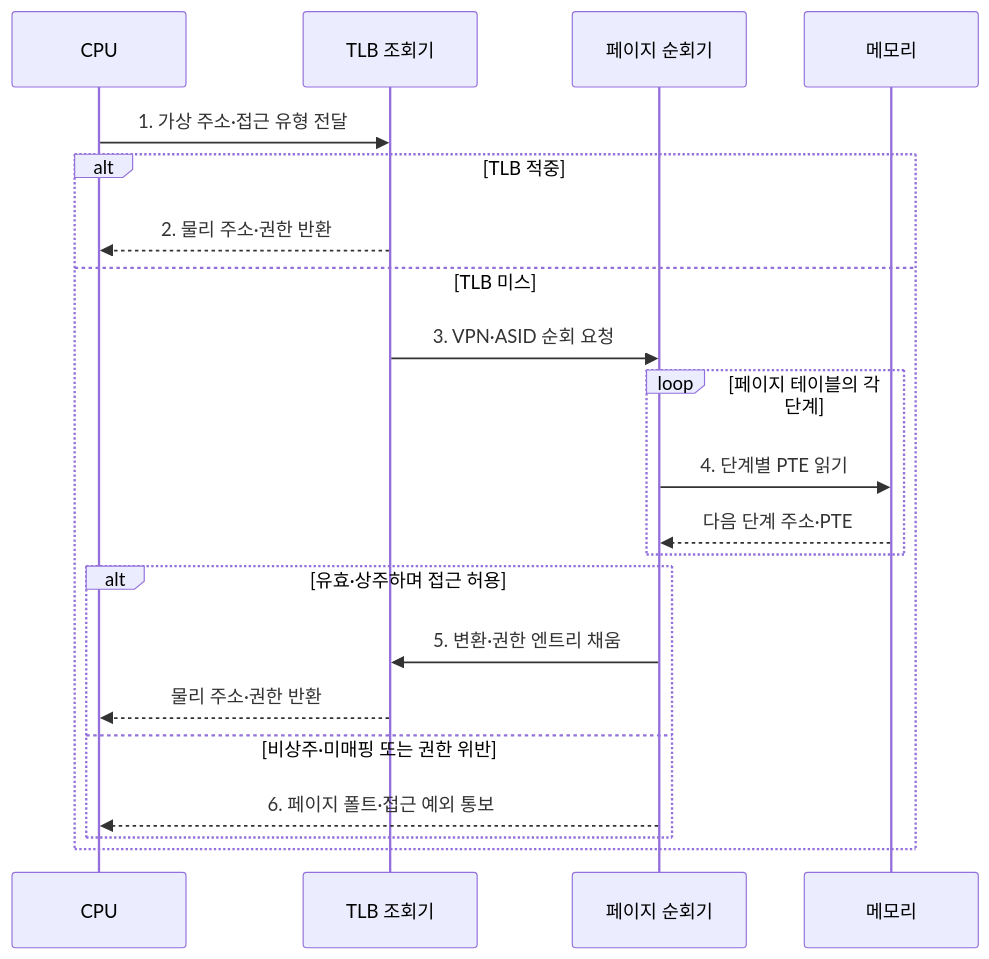
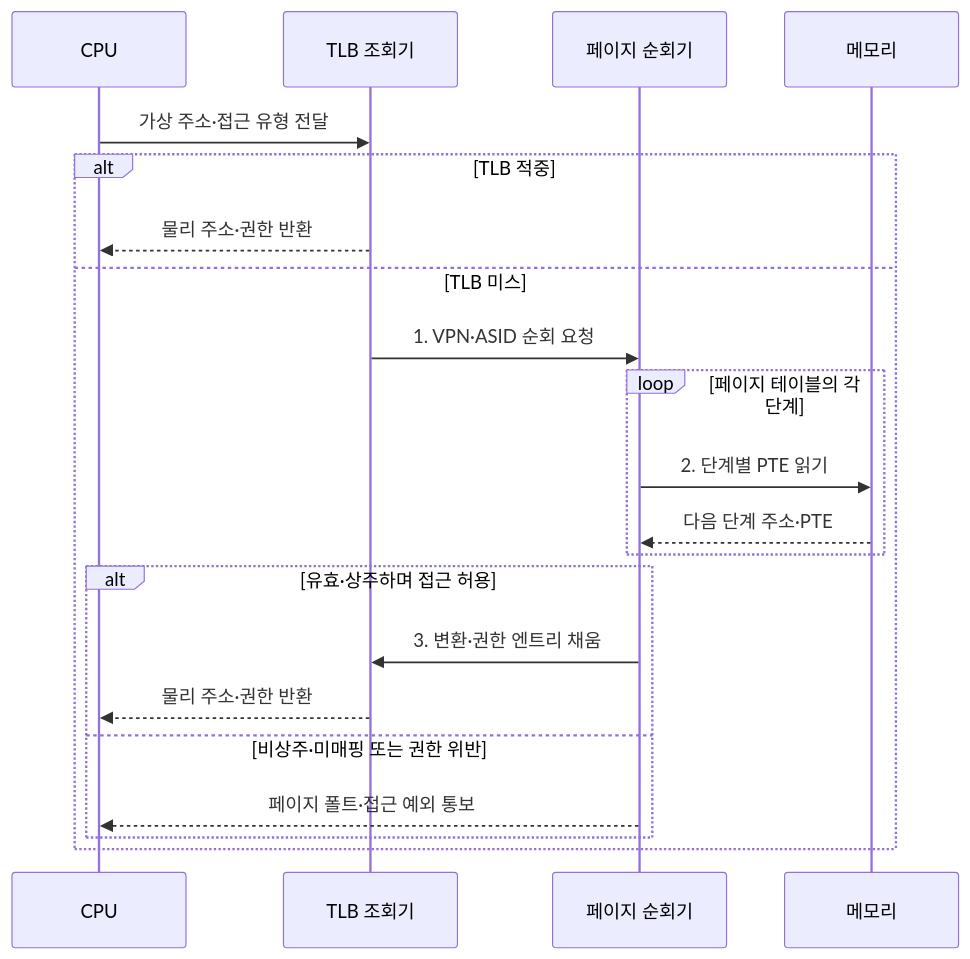
The second of 2 diagrams in src/content/docs/notes/02-hardware/016_tlb.md (agnusdei1207/knowledge-base), drawn with Mermaid before and after one commit. The commit also changed other lines of this file and 19 other files, not shown here.

````diff
--- a/src/content/docs/notes/02-hardware/016_tlb.md
+++ b/src/content/docs/notes/02-hardware/016_tlb.md
@@ -94,23 +94,23 @@
 ```mermaid
 sequenceDiagram
     participant C as CPU
     participant L as TLB 조회기
     participant W as 페이지 순회기
     participant M as 메모리
-    C->>L: 1. 가상 주소·접근 유형 전달
+    C->>L: 가상 주소·접근 유형 전달
     alt TLB 적중
-        L-->>C: 2. 물리 주소·권한 반환
+        L-->>C: 물리 주소·권한 반환
     else TLB 미스
-        L->>W: 3. VPN·ASID 순회 요청
+        L->>W: 1. VPN·ASID 순회 요청
         loop 페이지 테이블의 각 단계
-            W->>M: 4. 단계별 PTE 읽기
+            W->>M: 2. 단계별 PTE 읽기
             M-->>W: 다음 단계 주소·PTE
         end
         alt 유효·상주하며 접근 허용
-            W->>L: 5. 변환·권한 엔트리 채움
+            W->>L: 3. 변환·권한 엔트리 채움
             L-->>C: 물리 주소·권한 반환
         else 비상주·미매핑 또는 권한 위반
-            W-->>C: 6. 페이지 폴트·접근 예외 통보
+            W-->>C: 페이지 폴트·접근 예외 통보
         end
     end
 ```
````
